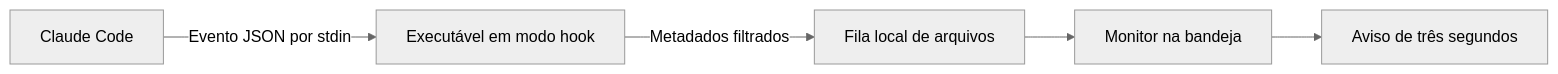
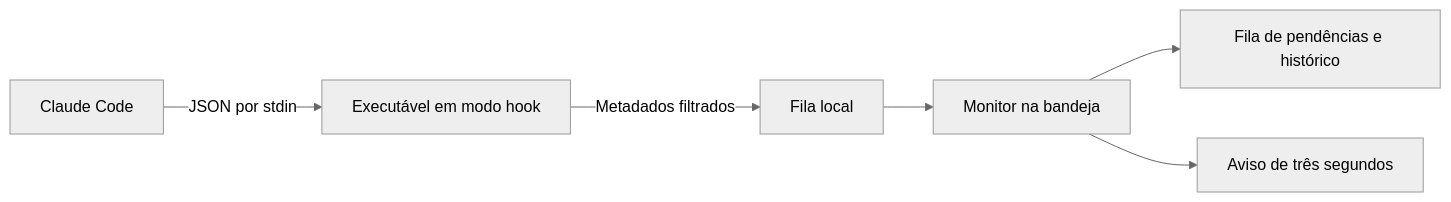
One commit to victorcqueiroz/Claude-Alert changed the diagram in README.md. Above: the diagram before and after it, drawn with Mermaid (neutral theme). The commit also changed other lines of this file and 25 other files, not shown here.

````diff
--- a/README.md
+++ b/README.md
@@ -108,7 +104,8 @@
 ```mermaid
 flowchart LR
-    A[Claude Code] -->|Evento JSON por stdin| B[Executável em modo hook]
-    B -->|Metadados filtrados| C[Fila local de arquivos]
+    A[Claude Code] -->|JSON por stdin| B[Executável em modo hook]
+    B -->|Metadados filtrados| C[Fila local]
     C --> D[Monitor na bandeja]
-    D --> E[Aviso de três segundos]
+    D --> E[Fila de pendências e histórico]
+    D --> F[Aviso de três segundos]
 ```
````
